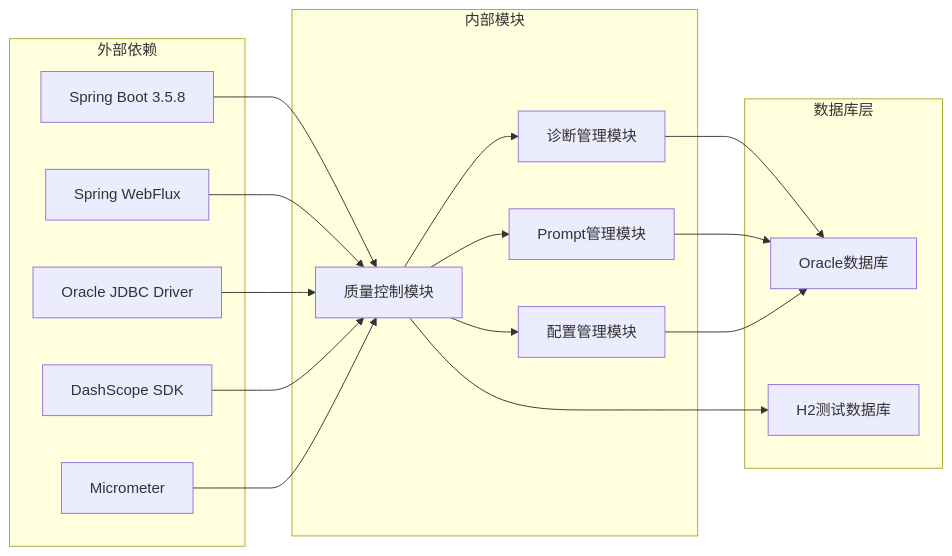
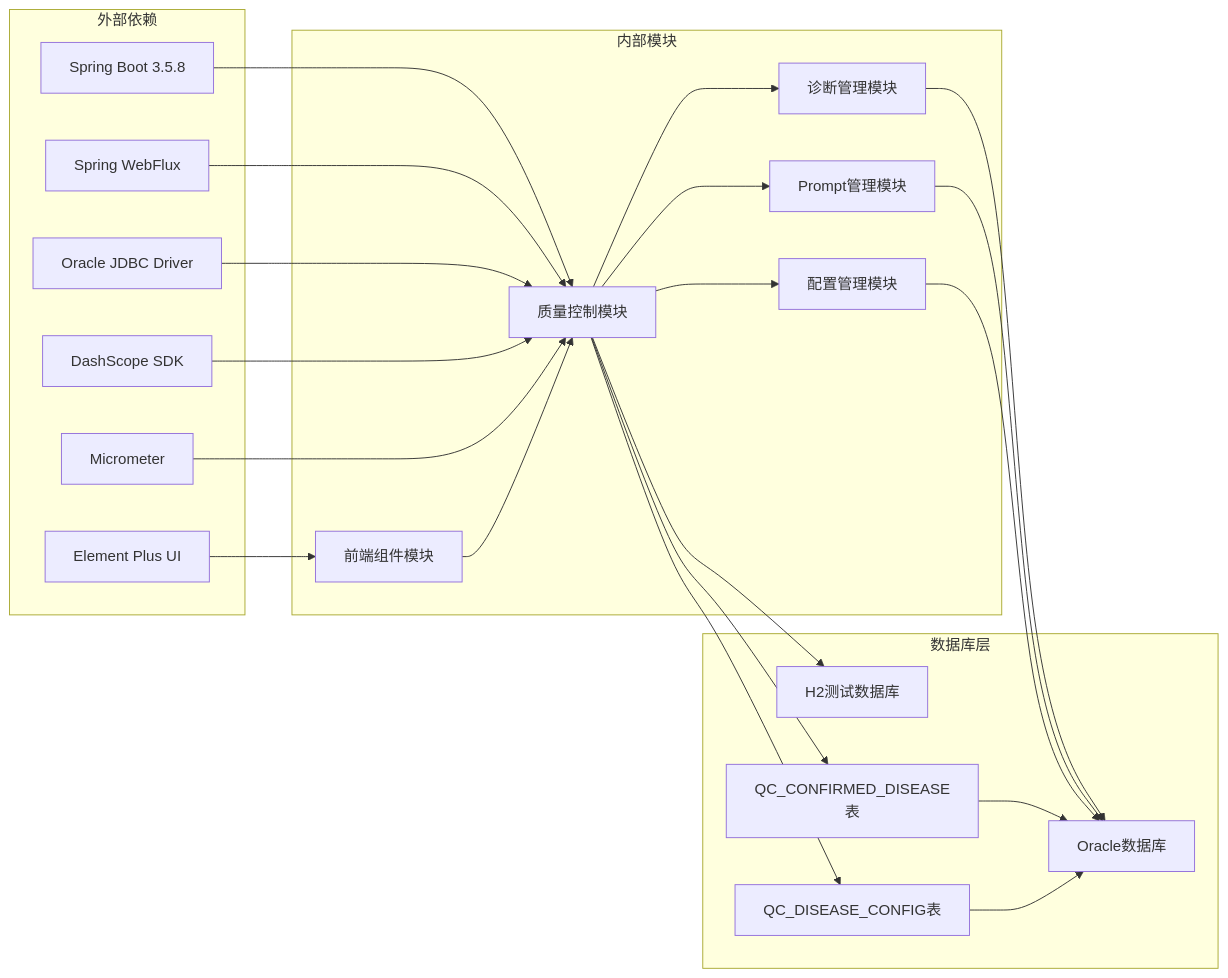
Before and after one commit to liuzh2008/med_ai_assistant_workspace: the tenth of 11 diagrams in .qoder/repowiki/zh/content/核心功能模块/质量控制系统.md, drawn with Mermaid. The commit also changed other lines of this file and 5 other files, not shown here.

````diff
--- a/.qoder/repowiki/zh/content/核心功能模块/质量控制系统.md
+++ b/.qoder/repowiki/zh/content/核心功能模块/质量控制系统.md
@@ -242,32 +460,42 @@
 ```mermaid
 graph LR
 subgraph "外部依赖"
 A[Spring Boot 3.5.8]
 B[Spring WebFlux]
 C[Oracle JDBC Driver]
 D[DashScope SDK]
 E[Micrometer]
+F[Element Plus UI]
 end
 subgraph "内部模块"
-F[质量控制模块]
-G[诊断管理模块]
-H[Prompt管理模块]
-I[配置管理模块]
+G[质量控制模块]
+H[诊断管理模块]
+I[Prompt管理模块]
+J[配置管理模块]
+K[前端组件模块]
 end
 subgraph "数据库层"
-J[Oracle数据库]
-K[H2测试数据库]
+L[Oracle数据库]
+M[H2测试数据库]
+N[QC_CONFIRMED_DISEASE表]
+O[QC_DISEASE_CONFIG表]
 end
-A --> F
-B --> F
-C --> F
-D --> F
-E --> F
-F --> G
-F --> H
-F --> I
+A --> G
+B --> G
+C --> G
+D --> G
+E --> G
+F --> K
+G --> H
+G --> I
 G --> J
-H --> J
-I --> J
-F --> K
+H --> L
+I --> L
+J --> L
+K --> G
+G --> N
+G --> O
+N --> L
+O --> L
+G --> M
 ```
````
